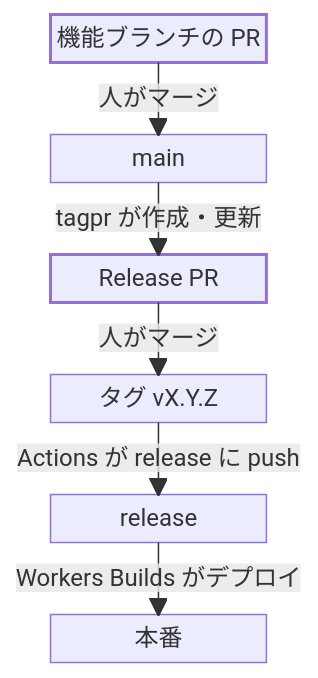
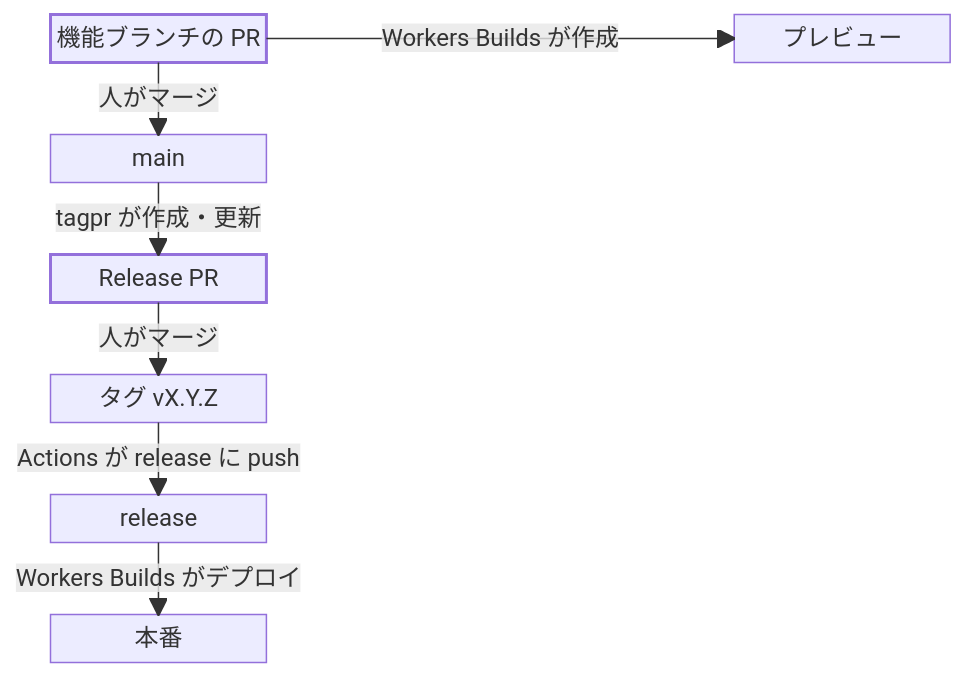
The diagram in notes/tagpr-workers-builds-release-flow.md (kfly8/notes), drawn with Mermaid before and after one commit. The commit also changed other lines of this file, not shown here.

Commit message:
図に機能ブランチの PR からプレビューへのレーンを足す

````diff
--- a/notes/tagpr-workers-builds-release-flow.md
+++ b/notes/tagpr-workers-builds-release-flow.md
@@ -19,22 +19,23 @@
 ```mermaid
 block-beta
-  columns 1
-  feat["機能ブランチの PR"]
-  space
-  main["main"]
-  space
-  rpr["Release PR"]
-  space
-  tag["タグ vX.Y.Z"]
-  space
-  rel["release"]
-  space
-  prod["本番"]
+  columns 4
+  feat["機能ブランチの PR"] space:2 pv["プレビュー"]
+  space:4
+  main["main"] space:3
+  space:4
+  rpr["Release PR"] space:3
+  space:4
+  tag["タグ vX.Y.Z"] space:3
+  space:4
+  rel["release"] space:3
+  space:4
+  prod["本番"] space:3
+  feat -- "Workers Builds が作成" --> pv
   feat -- "人がマージ" --> main
   main -- "tagpr が作成・更新" --> rpr
   rpr -- "人がマージ" --> tag
   tag -- "Actions が release に push" --> rel
   rel -- "Workers Builds がデプロイ" --> prod
   classDef accent stroke-width:2px
   class feat,rpr accent
 ```
````
